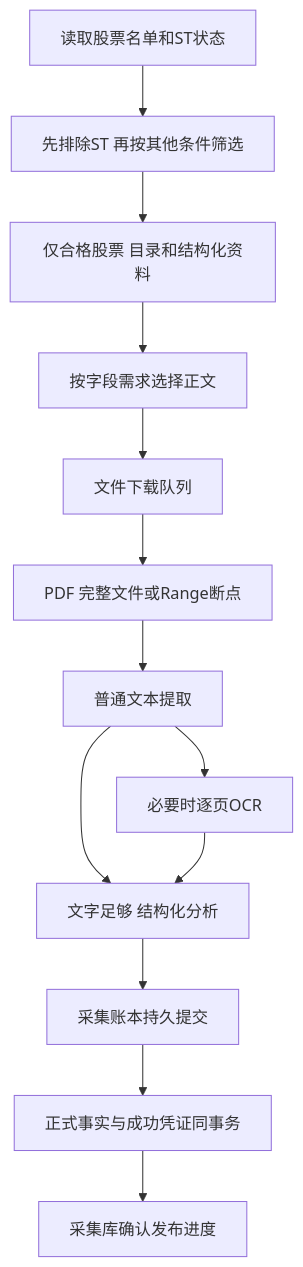
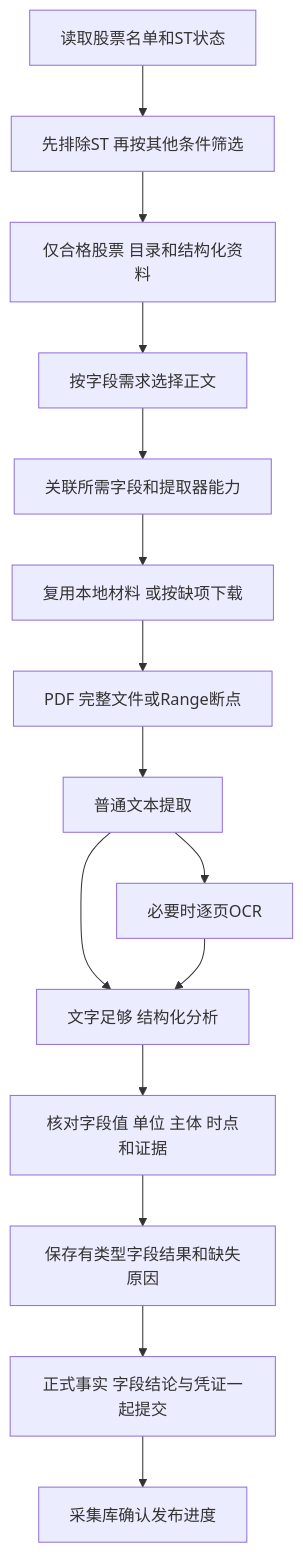
Before and after one commit to 373699756/trader: the second of 2 diagrams in docs/new/d_下载设计.md, drawn with Mermaid. The commit also changed other lines of this file and 3 other files, not shown here.

````diff
--- a/docs/new/d_下载设计.md
+++ b/docs/new/d_下载设计.md
@@ -228,15 +238,17 @@
 ```mermaid
 flowchart TD
     S[读取股票名单和ST状态] --> ST[先排除ST 再按其他条件筛选]
     ST --> A[仅合格股票 目录和结构化资料]
     A --> B[按字段需求选择正文]
-    B --> C[文件下载队列]
+    B --> G[关联所需字段和提取器能力]
+    G --> C[复用本地材料 或按缺项下载]
     C --> D[PDF 完整文件或Range断点]
     D --> E[普通文本提取]
     E --> F[文字足够 结构化分析]
     E --> O[必要时逐页OCR]
     O --> F
-    F --> I[采集账本持久提交]
-    I --> P[正式事实与成功凭证同事务]
+    F --> V[核对字段值 单位 主体 时点和证据]
+    V --> I[保存有类型字段结果和缺失原因]
+    I --> P[正式事实 字段结论与凭证一起提交]
     P --> R[采集库确认发布进度]
 ```
````
